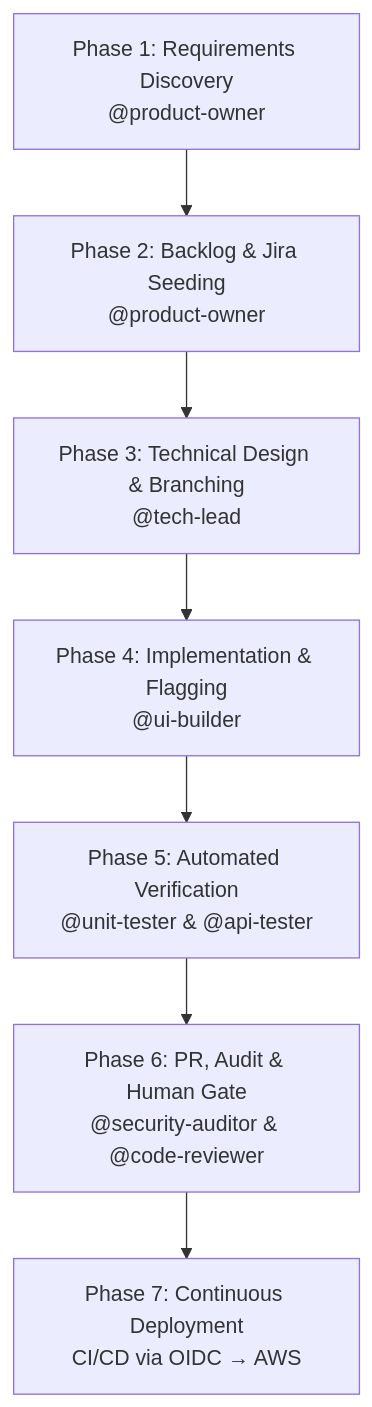
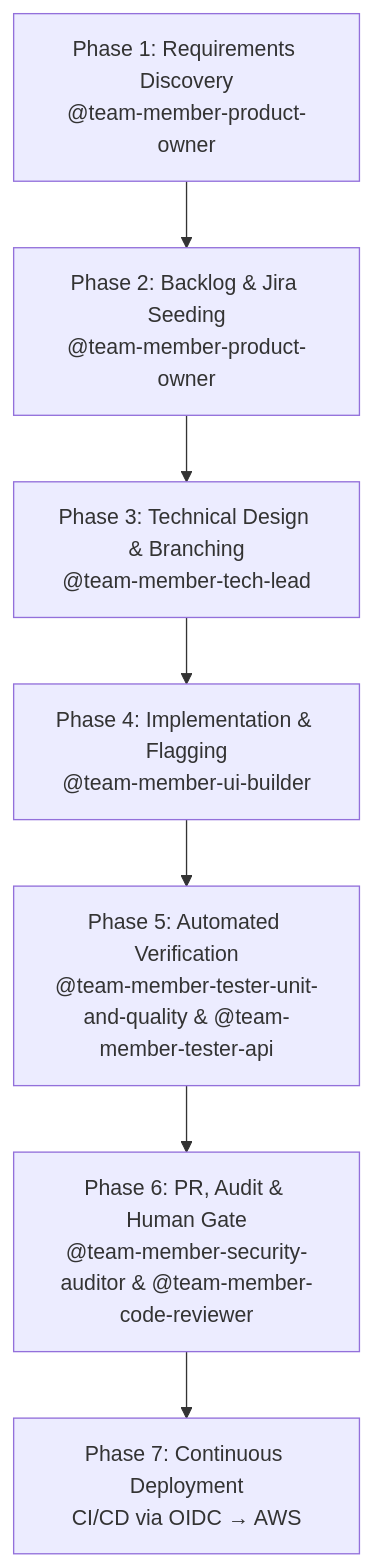
The diagram in .opencode/docs/OpenCode_Autonomous_Engineering_System_Blueprint.md (maglez/eop-threat-medeling), drawn with Mermaid before and after one commit. The commit also changed other lines of this file and 8 other files, not shown here.

````diff
--- a/.opencode/docs/OpenCode_Autonomous_Engineering_System_Blueprint.md
+++ b/.opencode/docs/OpenCode_Autonomous_Engineering_System_Blueprint.md
@@ -243,12 +243,12 @@
 ```mermaid
 graph TB
-    P1["Phase 1: Requirements Discovery<br/>@product-owner"]
-    P2["Phase 2: Backlog & Jira Seeding<br/>@product-owner"]
-    P3["Phase 3: Technical Design & Branching<br/>@tech-lead"]
-    P4["Phase 4: Implementation & Flagging<br/>@ui-builder"]
-    P5["Phase 5: Automated Verification<br/>@unit-tester & @api-tester"]
-    P6["Phase 6: PR, Audit & Human Gate<br/>@security-auditor & @code-reviewer"]
+    P1["Phase 1: Requirements Discovery<br/>@team-member-product-owner"]
+    P2["Phase 2: Backlog & Jira Seeding<br/>@team-member-product-owner"]
+    P3["Phase 3: Technical Design & Branching<br/>@team-member-tech-lead"]
+    P4["Phase 4: Implementation & Flagging<br/>@team-member-ui-builder"]
+    P5["Phase 5: Automated Verification<br/>@team-member-tester-unit-and-quality & @team-member-tester-api"]
+    P6["Phase 6: PR, Audit & Human Gate<br/>@team-member-security-auditor & @team-member-code-reviewer"]
     P7["Phase 7: Continuous Deployment<br/>CI/CD via OIDC → AWS"]
 
     P1 --> P2 --> P3 --> P4 --> P5 --> P6 --> P7
 ```
````
